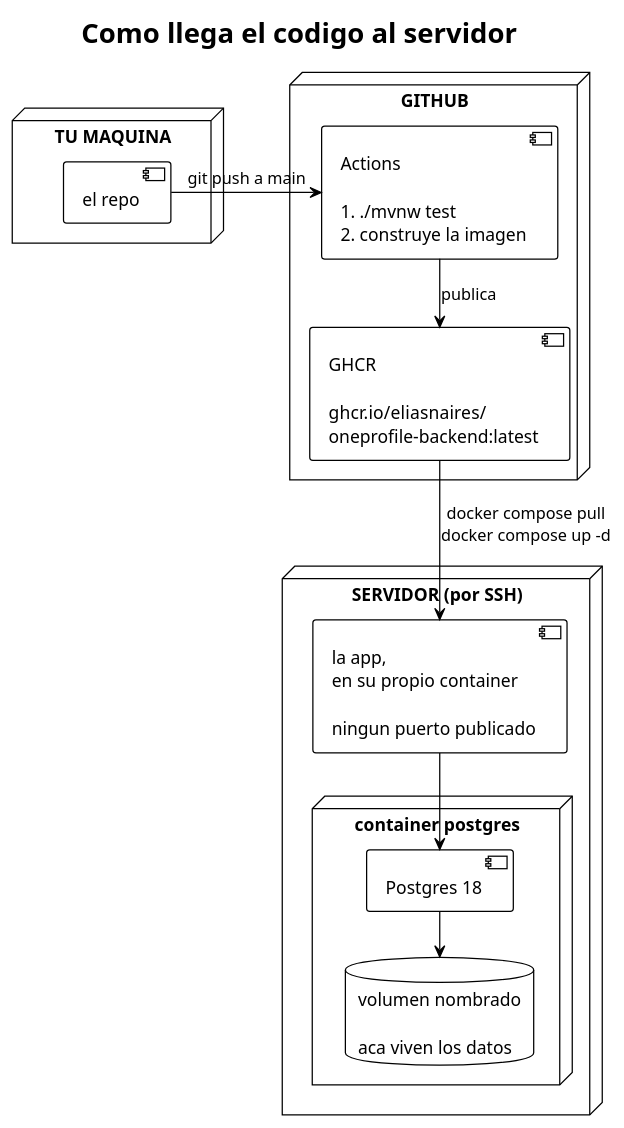
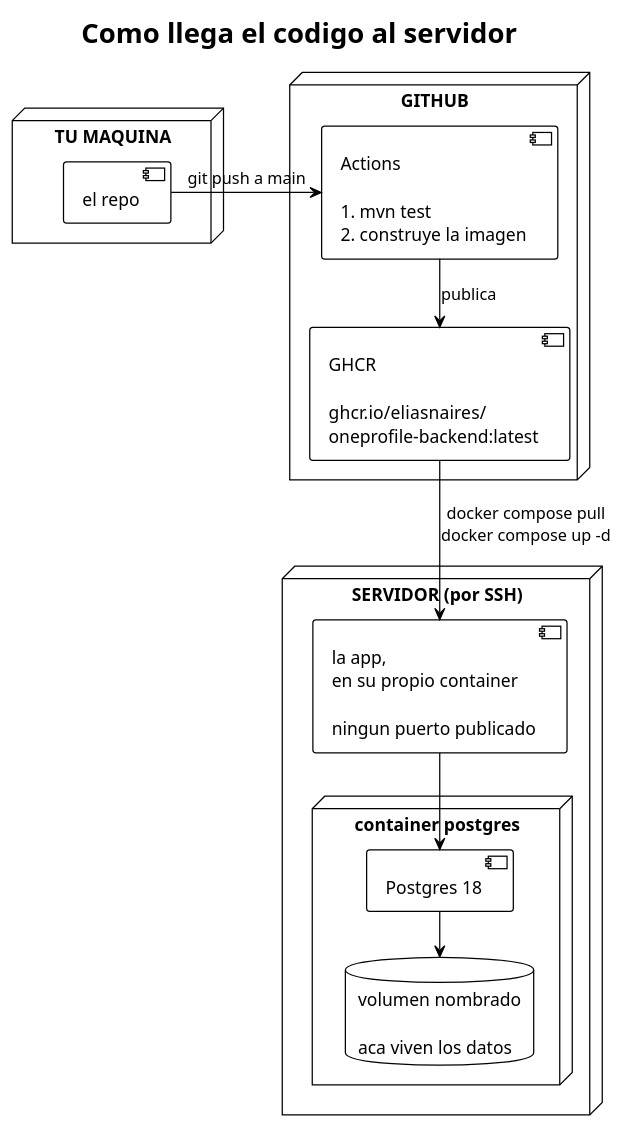
One commit to EliasNAires/oneprofile changed the diagram in docs/para-humanos/diagramas/despliegue.puml. Above: the diagram before and after it, drawn with PlantUML. The commit also changed 20 other files, not shown here.

```diff
--- a/docs/para-humanos/diagramas/despliegue.puml
+++ b/docs/para-humanos/diagramas/despliegue.puml
@@ -1,32 +1,32 @@
 @startuml despliegue
 !theme plain
 title Como llega el codigo al servidor
 
 skinparam shadowing false
 skinparam nodesep 25
 skinparam ranksep 35
 
 node "TU MAQUINA" as local {
   component "el repo" as repo
 }
 
 node "GITHUB" as gh {
-  component "Actions\n\n1. ./mvnw test\n2. construye la imagen" as actions
+  component "Actions\n\n1. mvn test\n2. construye la imagen" as actions
   component "GHCR\n\nghcr.io/eliasnaires/\noneprofile-backend:latest" as ghcr
   actions -down-> ghcr : publica
 }
 
 node "SERVIDOR (por SSH)" as server {
   component "la app,\nen su propio container\n\nningun puerto publicado" as app
   node "container postgres" as db {
     component "Postgres 18" as pg
     database "volumen nombrado\n\naca viven los datos" as vol
     pg -down-> vol
   }
   app -down-> pg
 }
 
 repo -right-> actions : git push a main
 ghcr -down-> app : docker compose pull\ndocker compose up -d
 
 @enduml
```
